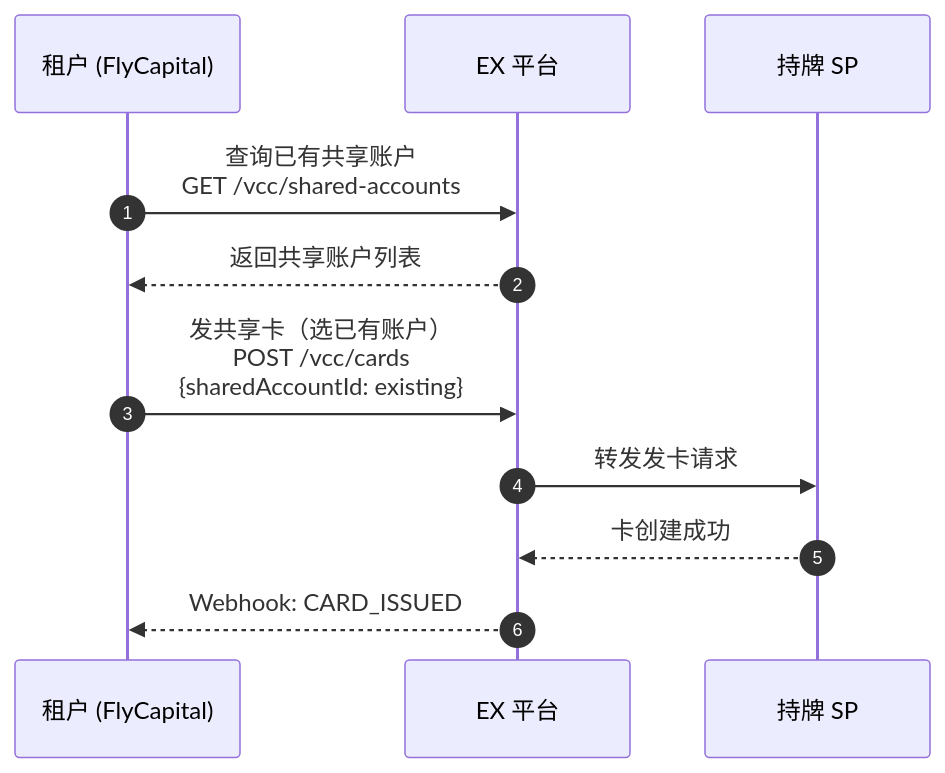
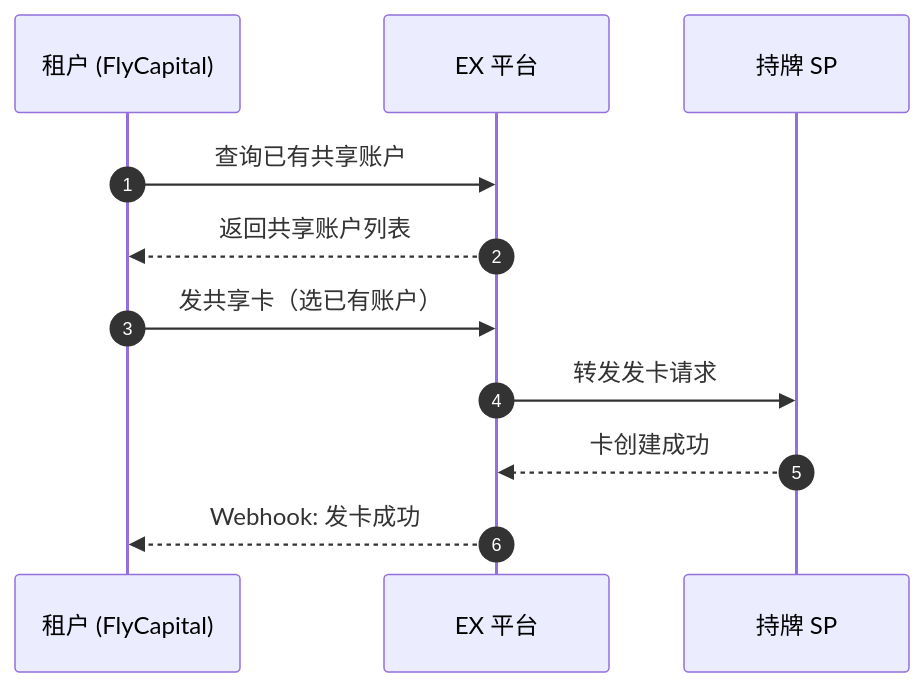
Before and after one commit to xiaoxiaoangie/EX-NEW: the sixth of 9 diagrams in Solutions/solutions/API-SOLUTION/ex-API-vcc-solution.md, drawn with Mermaid. The commit also changed other lines of this file and 18 other files, not shown here.

````diff
--- a/Solutions/solutions/API-SOLUTION/ex-API-vcc-solution.md
+++ b/Solutions/solutions/API-SOLUTION/ex-API-vcc-solution.md
@@ -281,15 +292,15 @@
 ```mermaid
 sequenceDiagram
     autonumber
     participant T as 租户 (FlyCapital)
     participant EX as EX 平台
     participant SP as 持牌 SP
 
-    T->>EX: 查询已有共享账户<br/>GET /vcc/shared-accounts
+    T->>EX: 查询已有共享账户
     EX-->>T: 返回共享账户列表
 
-    T->>EX: 发共享卡（选已有账户）<br/>POST /vcc/cards<br/>{sharedAccountId: existing}
+    T->>EX: 发共享卡（选已有账户）
     EX->>SP: 转发发卡请求
     SP-->>EX: 卡创建成功
-    EX-->>T: Webhook: CARD_ISSUED
+    EX-->>T: Webhook: 发卡成功
 ```
````
